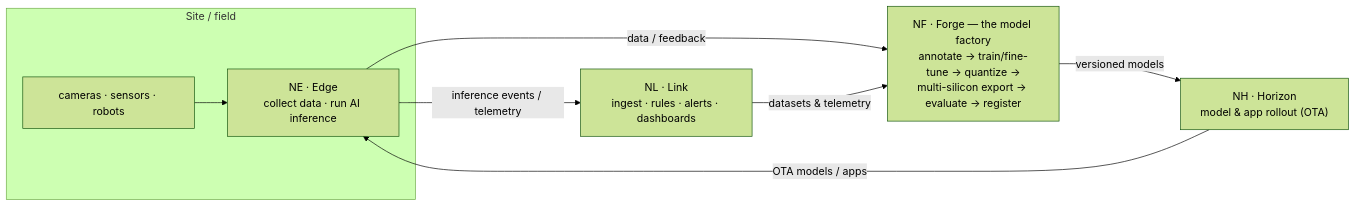
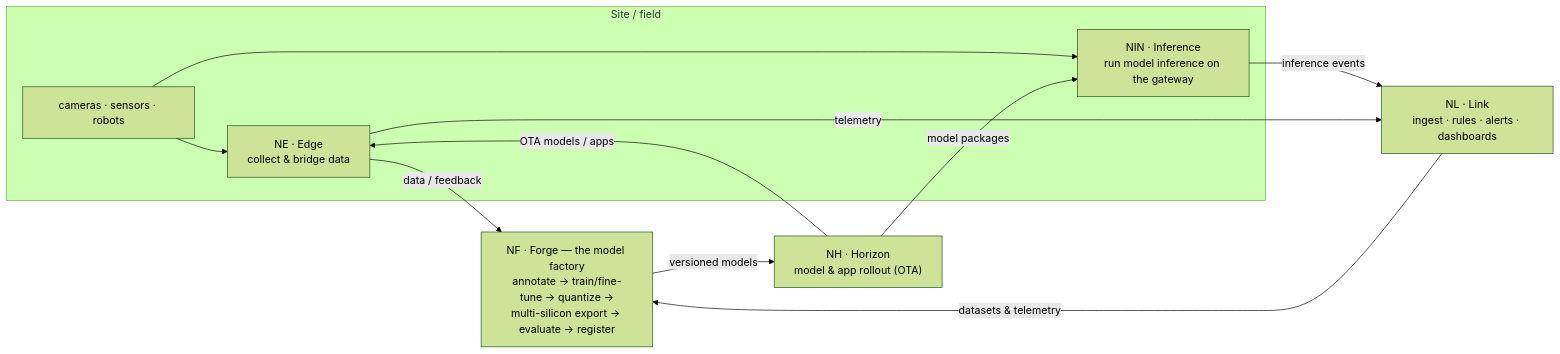
The diagram in docs/en/index.md (NereidAI/nereidai.github.io), drawn with Mermaid (forest theme) before and after one commit. The commit also changed other lines of this file and 81 other files, not shown here.

````diff
--- a/docs/en/index.md
+++ b/docs/en/index.md
@@ -37,15 +39,18 @@
 ```mermaid
 flowchart LR
     subgraph FIELD["Site / field"]
-        DEV["cameras · sensors · robots"] --> EDGE["NE · Edge\ncollect data · run AI inference"]
+        DEV["cameras · sensors · robots"] --> EDGE["NE · Edge\ncollect & bridge data"]
+        DEV --> NIN["NIN · Inference\nrun model inference on the gateway"]
     end
     FORGE["NF · Forge — the model factory\nannotate → train/fine-tune → quantize →\nmulti-silicon export → evaluate → register"]
     HORIZON["NH · Horizon\nmodel & app rollout (OTA)"]
     LINK["NL · Link\ningest · rules · alerts · dashboards"]
 
     EDGE -->|data / feedback| FORGE
     LINK -->|datasets & telemetry| FORGE
     FORGE -->|versioned models| HORIZON
     HORIZON -->|OTA models / apps| EDGE
-    EDGE -->|inference events / telemetry| LINK
+    HORIZON -->|model packages| NIN
+    NIN -->|inference events| LINK
+    EDGE -->|telemetry| LINK
 ```
````
